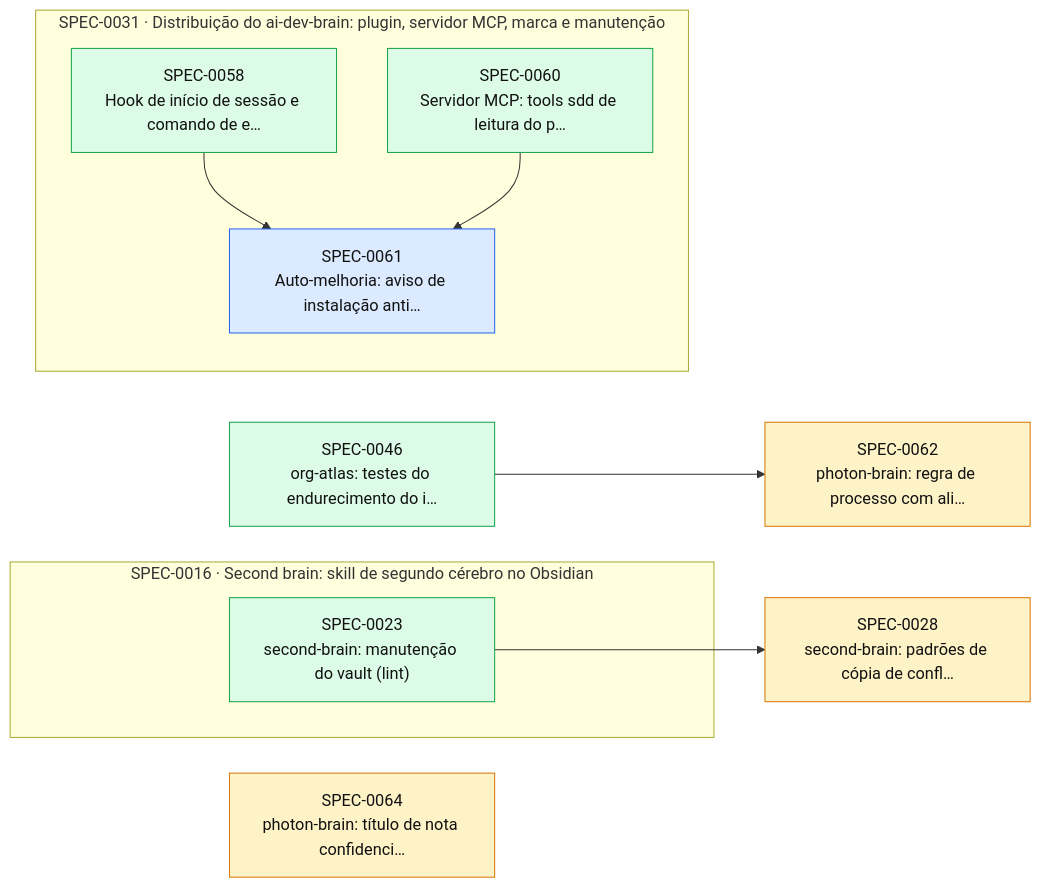
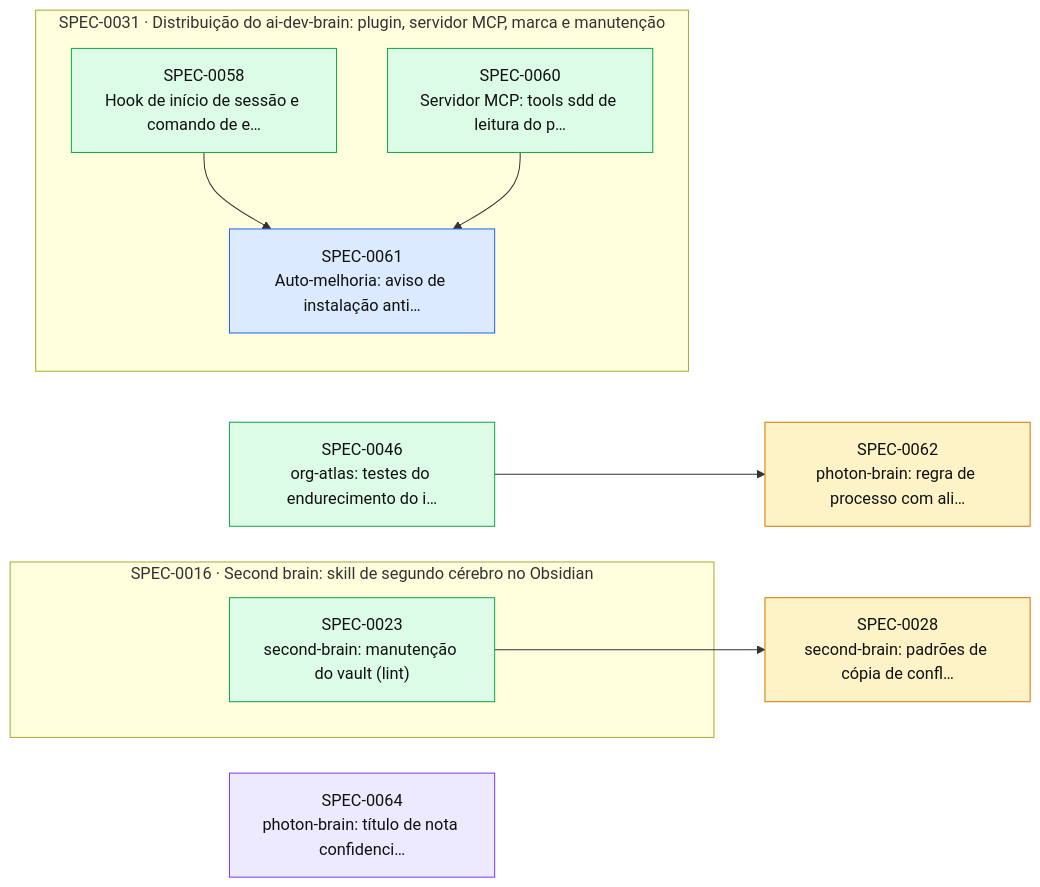
The diagram in docs/specs/INDEX.md (thomasravache/ai-dev-brain), drawn with Mermaid before and after one commit. The commit also changed other lines of this file and 1 other file, not shown here.

First line of the commit message:
docs(specs): H1 e PLAN da SPEC-0064

````diff
--- a/docs/specs/INDEX.md
+++ b/docs/specs/INDEX.md
@@ -51,24 +51,24 @@
 ```mermaid
 flowchart LR
   S0028["SPEC-0028<br/>second-brain: padrões de cópia de confl…"]:::proposed
   S0046["SPEC-0046<br/>org-atlas: testes do endurecimento do i…"]:::implemented
   S0062["SPEC-0062<br/>photon-brain: regra de processo com ali…"]:::proposed
-  S0064["SPEC-0064<br/>photon-brain: título de nota confidenci…"]:::proposed
+  S0064["SPEC-0064<br/>photon-brain: título de nota confidenci…"]:::inprogress
   subgraph E0016["SPEC-0016 · Second brain: skill de segundo cérebro no Obsidian"]
     S0023["SPEC-0023<br/>second-brain: manutenção do vault (lint)"]:::implemented
   end
   subgraph E0031["SPEC-0031 · Distribuição do ai-dev-brain: plugin, servidor MCP, marca e manutenção"]
     S0058["SPEC-0058<br/>Hook de início de sessão e comando de e…"]:::implemented
     S0060["SPEC-0060<br/>Servidor MCP: tools sdd de leitura do p…"]:::implemented
     S0061["SPEC-0061<br/>Auto-melhoria: aviso de instalação anti…"]:::approved
   end
   S0023 --> S0028
   S0058 --> S0061
   S0060 --> S0061
   S0046 --> S0062
   classDef proposed fill:#fef3c7,stroke:#d97706,color:#111
   classDef approved fill:#dbeafe,stroke:#2563eb,color:#111
   classDef inprogress fill:#ede9fe,stroke:#7c3aed,color:#111
   classDef implemented fill:#dcfce7,stroke:#16a34a,color:#111
   classDef deprecated fill:#f3f4f6,stroke:#9ca3af,color:#6b7280
 ```
````
